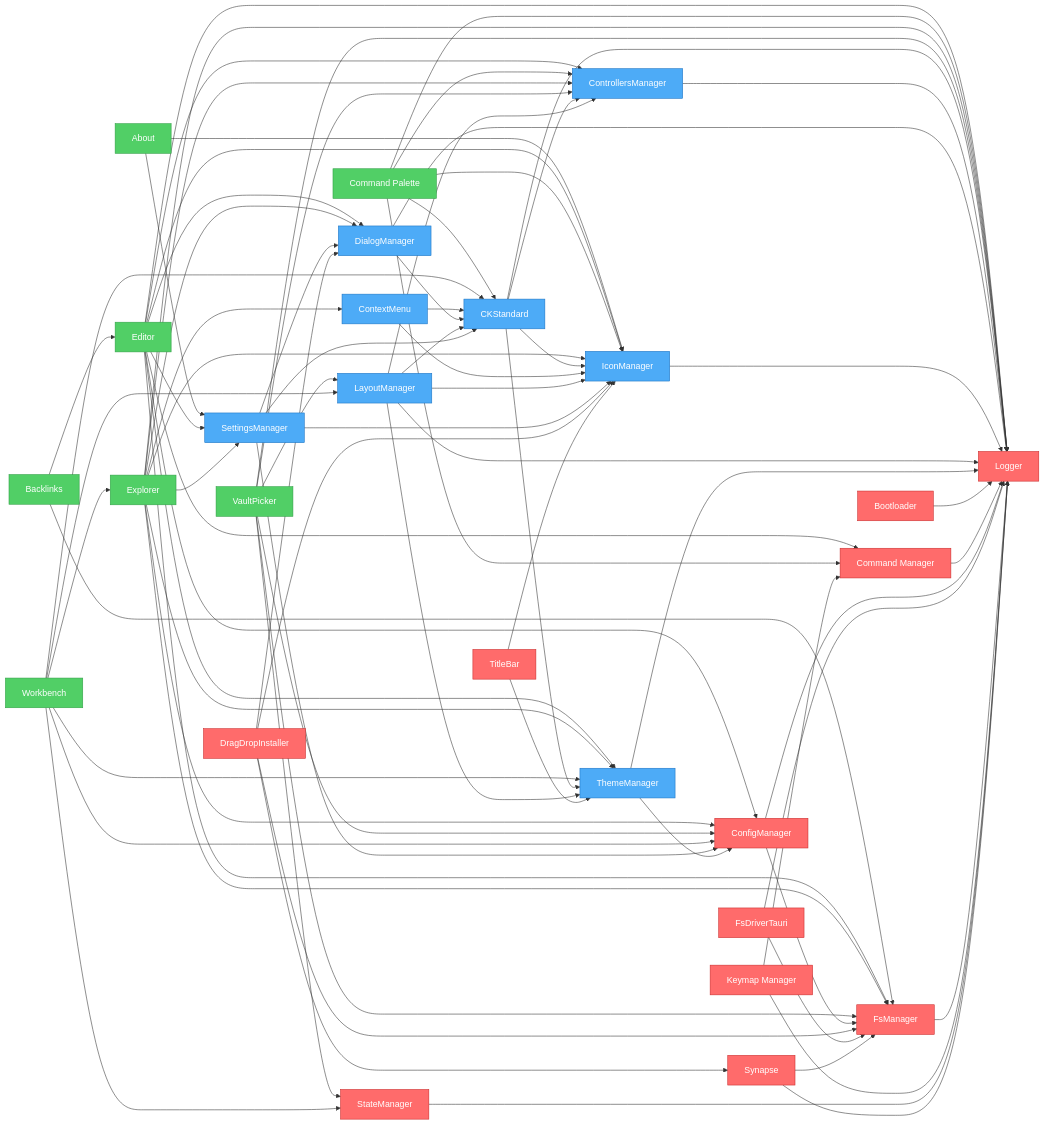
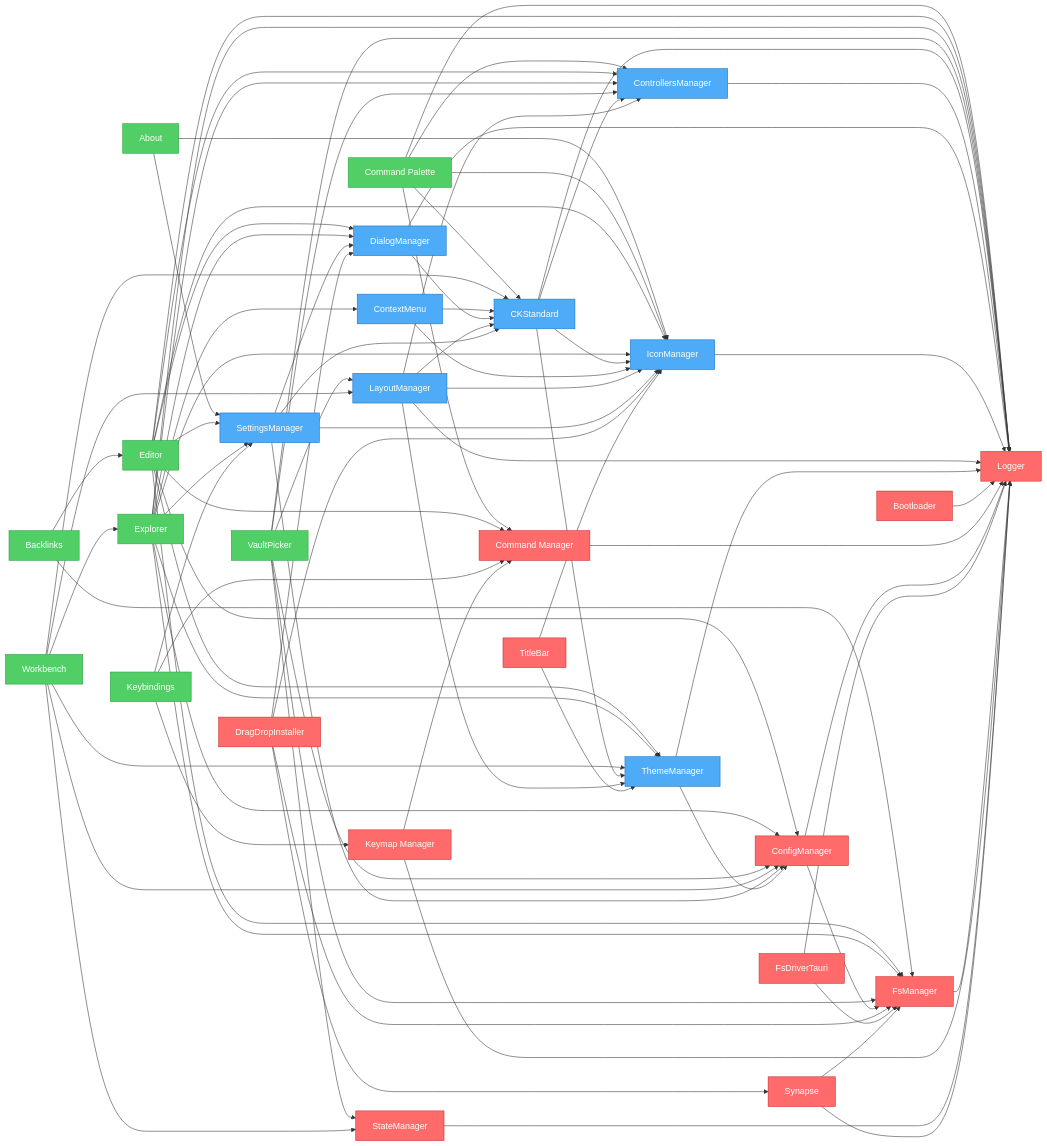
Before and after one commit to khton-tech/notehub.md: the diagram in artifacts/graph.mmd, drawn with Mermaid. The commit also changed 14 other files, not shown here.

Commit message:
feat: implement keybinding management with a new feature plugin, system keymap, and hotkey recorder component.

```diff
--- a/artifacts/graph.mmd
+++ b/artifacts/graph.mmd
@@ -1,114 +1,118 @@
 flowchart LR
     nh_features_about["About"]
     nh_features_backlinks["Backlinks"]
+    nh_features_command-palette["Command Palette"]
     nh_features_editor["Editor"]
-    nh_features_command-palette["Command Palette"]
     nh_features_explorer["Explorer"]
+    nh_features_keybindings["Keybindings"]
     nh_features_vault-picker["VaultPicker"]
     nh_features_workbench["Workbench"]
     nh_ui_ck-standard["CKStandard"]
     nh_ui_context-menu["ContextMenu"]
     nh_ui_controllers-manager["ControllersManager"]
     nh_ui_dialog-manager["DialogManager"]
     nh_ui_icon-manager["IconManager"]
     nh_ui_layout-manager["LayoutManager"]
     nh_ui_settings-manager["SettingsManager"]
     nh_ui_theme-manager["ThemeManager"]
     nh_system_bootloader["Bootloader"]
     nh_system_command-manager["Command Manager"]
     nh_system_config-manager["ConfigManager"]
     nh_system_drag-drop["DragDropInstaller"]
     nh_system_fs-driver-tauri["FsDriverTauri"]
     nh_system_fs-manager["FsManager"]
     nh_system_keymap["Keymap Manager"]
     nh_system_logger["Logger"]
     nh_system_state-manager["StateManager"]
     nh_system_synapse["Synapse"]
     nh_system_titlebar["TitleBar"]
     nh_features_about --> nh_ui_settings-manager
     nh_features_about --> nh_ui_icon-manager
     nh_features_backlinks --> nh_features_editor
     nh_features_backlinks --> nh_system_fs-manager
+    nh_features_command-palette --> nh_system_command-manager
+    nh_features_command-palette --> nh_system_logger
+    nh_features_command-palette --> nh_ui_controllers-manager
+    nh_features_command-palette --> nh_ui_ck-standard
+    nh_features_command-palette --> nh_ui_icon-manager
     nh_features_editor --> nh_system_config-manager
     nh_features_editor --> nh_system_command-manager
     nh_features_editor --> nh_ui_settings-manager
     nh_features_editor --> nh_system_fs-manager
     nh_features_editor --> nh_system_logger
     nh_features_editor --> nh_ui_controllers-manager
     nh_features_editor --> nh_ui_dialog-manager
     nh_features_editor --> nh_ui_icon-manager
     nh_features_editor --> nh_ui_theme-manager
-    nh_features_command-palette --> nh_system_command-manager
-    nh_features_command-palette --> nh_system_logger
-    nh_features_command-palette --> nh_ui_controllers-manager
-    nh_features_command-palette --> nh_ui_ck-standard
-    nh_features_command-palette --> nh_ui_icon-manager
     nh_features_explorer --> nh_system_config-manager
     nh_features_explorer --> nh_ui_settings-manager
     nh_features_explorer --> nh_system_fs-manager
     nh_features_explorer --> nh_system_logger
     nh_features_explorer --> nh_ui_controllers-manager
     nh_features_explorer --> nh_ui_icon-manager
     nh_features_explorer --> nh_ui_theme-manager
     nh_features_explorer --> nh_ui_context-menu
     nh_features_explorer --> nh_ui_dialog-manager
+    nh_features_keybindings --> nh_ui_settings-manager
+    nh_features_keybindings --> nh_system_command-manager
+    nh_features_keybindings --> nh_system_keymap
     nh_features_vault-picker --> nh_system_fs-manager
     nh_features_vault-picker --> nh_system_config-manager
     nh_features_vault-picker --> nh_system_state-manager
     nh_features_vault-picker --> nh_system_logger
     nh_features_vault-picker --> nh_ui_controllers-manager
     nh_features_vault-picker --> nh_ui_layout-manager
     nh_features_workbench --> nh_system_config-manager
     nh_features_workbench --> nh_ui_layout-manager
     nh_features_workbench --> nh_ui_theme-manager
     nh_features_workbench --> nh_ui_ck-standard
     nh_features_workbench --> nh_system_state-manager
     nh_features_workbench --> nh_features_explorer
     nh_ui_ck-standard --> nh_system_logger
     nh_ui_ck-standard --> nh_ui_controllers-manager
     nh_ui_ck-standard --> nh_ui_icon-manager
     nh_ui_ck-standard --> nh_ui_theme-manager
     nh_ui_context-menu --> nh_ui_icon-manager
     nh_ui_context-menu --> nh_ui_ck-standard
     nh_ui_controllers-manager --> nh_system_logger
     nh_ui_dialog-manager --> nh_system_logger
     nh_ui_dialog-manager --> nh_ui_ck-standard
     nh_ui_icon-manager --> nh_system_logger
     nh_ui_layout-manager --> nh_system_logger
     nh_ui_layout-manager --> nh_ui_theme-manager
     nh_ui_layout-manager --> nh_ui_icon-manager
     nh_ui_layout-manager --> nh_ui_controllers-manager
     nh_ui_layout-manager --> nh_ui_ck-standard
     nh_ui_settings-manager --> nh_system_config-manager
     nh_ui_settings-manager --> nh_ui_ck-standard
     nh_ui_settings-manager --> nh_ui_icon-manager
     nh_ui_settings-manager --> nh_ui_dialog-manager
     nh_ui_theme-manager --> nh_system_logger
     nh_ui_theme-manager --> nh_system_config-manager
     nh_system_bootloader --> nh_system_logger
     nh_system_command-manager --> nh_system_logger
     nh_system_config-manager --> nh_system_logger
     nh_system_config-manager --> nh_system_fs-manager
     nh_system_drag-drop --> nh_ui_icon-manager
     nh_system_drag-drop --> nh_ui_dialog-manager
     nh_system_drag-drop --> nh_system_fs-manager
     nh_system_drag-drop --> nh_system_synapse
     nh_system_fs-driver-tauri --> nh_system_logger
     nh_system_fs-driver-tauri --> nh_system_fs-manager
     nh_system_fs-manager --> nh_system_logger
     nh_system_keymap --> nh_system_command-manager
     nh_system_keymap --> nh_system_logger
     nh_system_state-manager --> nh_system_logger
     nh_system_synapse --> nh_system_fs-manager
     nh_system_synapse --> nh_system_logger
     nh_system_titlebar --> nh_ui_icon-manager
     nh_system_titlebar --> nh_ui_theme-manager
 
     %% Styles
     classDef system fill:#ff6b6b,stroke:#c92a2a,color:#fff
     classDef ui fill:#4dabf7,stroke:#1971c2,color:#fff
     classDef feature fill:#51cf66,stroke:#2f9e44,color:#fff
-    class nh_features_about,nh_features_backlinks,nh_features_vault-picker feature
-    class nh_features_editor,nh_features_command-palette,nh_features_explorer,nh_features_workbench feature
+    class nh_features_about,nh_features_backlinks,nh_features_keybindings,nh_features_vault-picker feature
+    class nh_features_command-palette,nh_features_editor,nh_features_explorer,nh_features_workbench feature
     class nh_ui_ck-standard,nh_ui_context-menu,nh_ui_controllers-manager,nh_ui_dialog-manager,nh_ui_icon-manager,nh_ui_layout-manager,nh_ui_settings-manager,nh_ui_theme-manager ui
     class nh_system_bootloader,nh_system_command-manager,nh_system_config-manager,nh_system_drag-drop,nh_system_fs-driver-tauri,nh_system_fs-manager,nh_system_keymap,nh_system_logger,nh_system_state-manager,nh_system_synapse,nh_system_titlebar system
```
